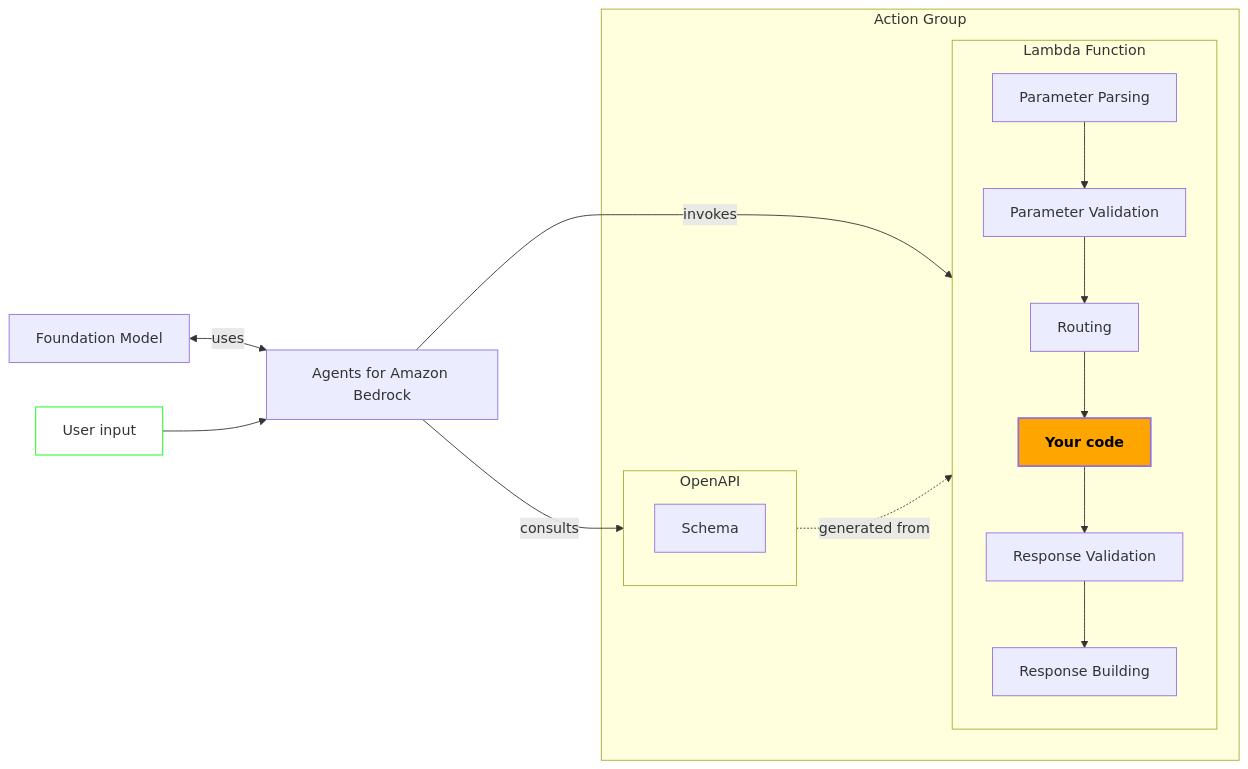
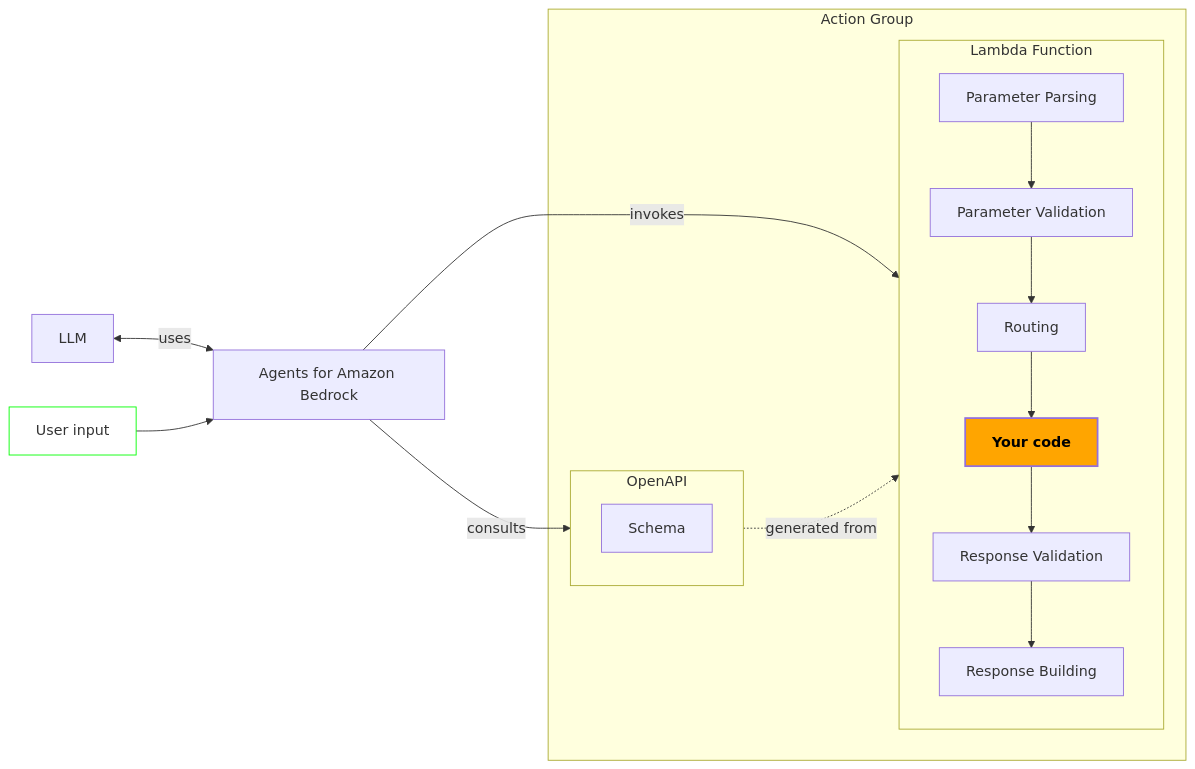
One commit to aws-powertools/powertools-lambda-python changed the diagram in docs/core/event_handler/bedrock_agents.mermaid. Above: the diagram before and after it, drawn with Mermaid. The commit also changed 5 other files, not shown here.

```diff
--- a/docs/core/event_handler/bedrock_agents.mermaid
+++ b/docs/core/event_handler/bedrock_agents.mermaid
@@ -1,25 +1,25 @@
 flowchart LR
-    Bedrock[Foundation Model] <-- uses --> Agent
+    Bedrock[LLM] <-- uses --> Agent
     You[User input] --> Agent
     Agent -- consults --> OpenAPI
     Agent[Agents for Amazon Bedrock] -- invokes --> Lambda
 
     subgraph OpenAPI
         Schema
     end
 
     subgraph Lambda[Lambda Function]
         direction TB
         Parsing[Parameter Parsing] --> Validation
         Validation[Parameter Validation] --> Routing
         Routing --> Code[Your code]
         Code --> ResponseValidation[Response Validation]
         ResponseValidation --> ResponseBuilding[Response Building]
     end
 
     subgraph ActionGroup[Action Group]
         OpenAPI -. generated from .-> Lambda
     end
 
     style Code fill:#ffa500,color:black,font-weight:bold,stroke-width:2px
     style You stroke:#0F0,fill:#fff
```
